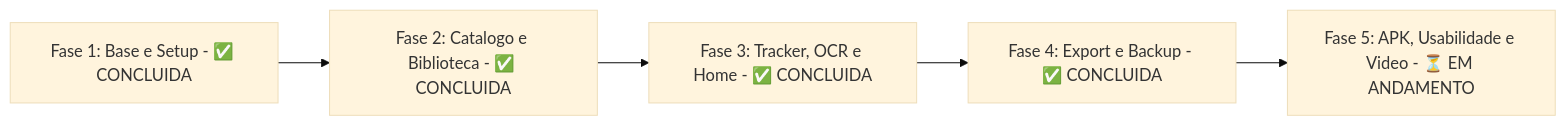
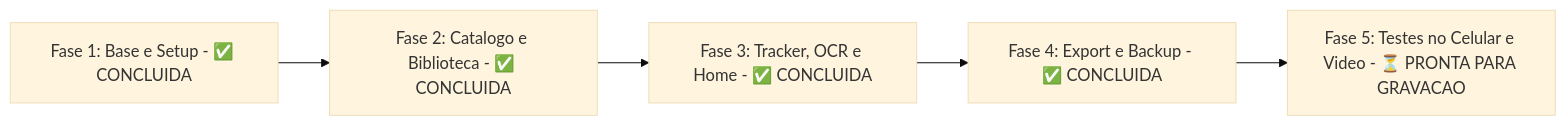
Before and after one commit to NatanaelLucasBS/booky: the fourth of 4 diagrams in README.md, drawn with Mermaid (base theme). The commit also changed other lines of this file and 17 other files, not shown here.

````diff
--- a/README.md
+++ b/README.md
@@ -151,7 +152,7 @@
 ```mermaid
 flowchart LR
     F1["Fase 1: Base e Setup - ✅ CONCLUIDA"] --> F2["Fase 2: Catalogo e Biblioteca - ✅ CONCLUIDA"]
     F2 --> F3["Fase 3: Tracker, OCR e Home - ✅ CONCLUIDA"]
     F3 --> F4["Fase 4: Export e Backup - ✅ CONCLUIDA"]
-    F4 --> F5["Fase 5: APK, Usabilidade e Video - ⏳ EM ANDAMENTO"]
+    F4 --> F5["Fase 5: Testes no Celular e Video - ⏳ PRONTA PARA GRAVACAO"]
 ```
````
